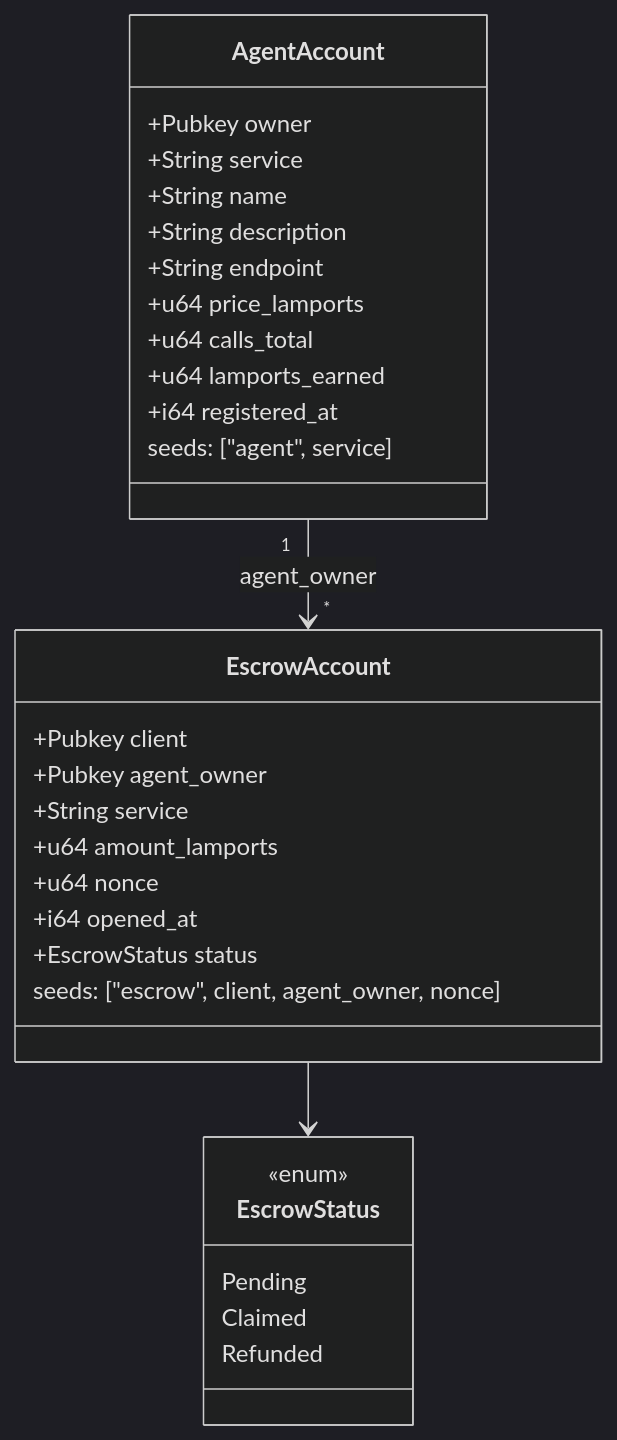
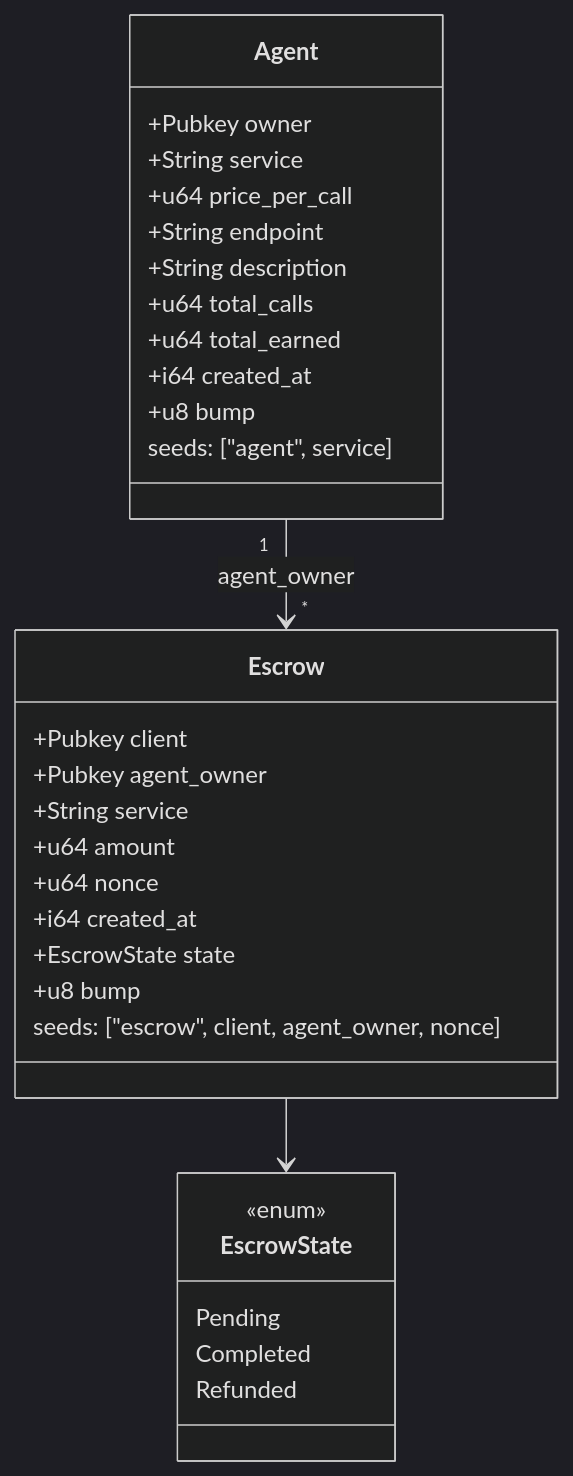
Before and after one commit to CoKeFish/kiba: the fourth of 11 diagrams in docs/architecture.md, drawn with Mermaid (dark theme). The commit also changed other lines of this file, not shown here.

First line of the commit message:
docs(architecture): reflect on-chain deploy + hybrid discovery + new toolchain

````diff
--- a/docs/architecture.md
+++ b/docs/architecture.md
@@ -194,36 +198,37 @@
 ```mermaid
 classDiagram
-    class AgentAccount {
+    class Agent {
         +Pubkey owner
         +String service
-        +String name
+        +u64 price_per_call
+        +String endpoint
         +String description
-        +String endpoint
-        +u64 price_lamports
-        +u64 calls_total
-        +u64 lamports_earned
-        +i64 registered_at
+        +u64 total_calls
+        +u64 total_earned
+        +i64 created_at
+        +u8 bump
         seeds: ["agent", service]
     }
 
-    class EscrowAccount {
+    class Escrow {
         +Pubkey client
         +Pubkey agent_owner
         +String service
-        +u64 amount_lamports
+        +u64 amount
         +u64 nonce
-        +i64 opened_at
-        +EscrowStatus status
+        +i64 created_at
+        +EscrowState state
+        +u8 bump
         seeds: ["escrow", client, agent_owner, nonce]
     }
 
-    class EscrowStatus {
+    class EscrowState {
         <<enum>>
         Pending
-        Claimed
+        Completed
         Refunded
     }
 
-    EscrowAccount --> EscrowStatus
-    AgentAccount "1" --> "*" EscrowAccount : agent_owner
+    Escrow --> EscrowState
+    Agent "1" --> "*" Escrow : agent_owner
 ```
````
